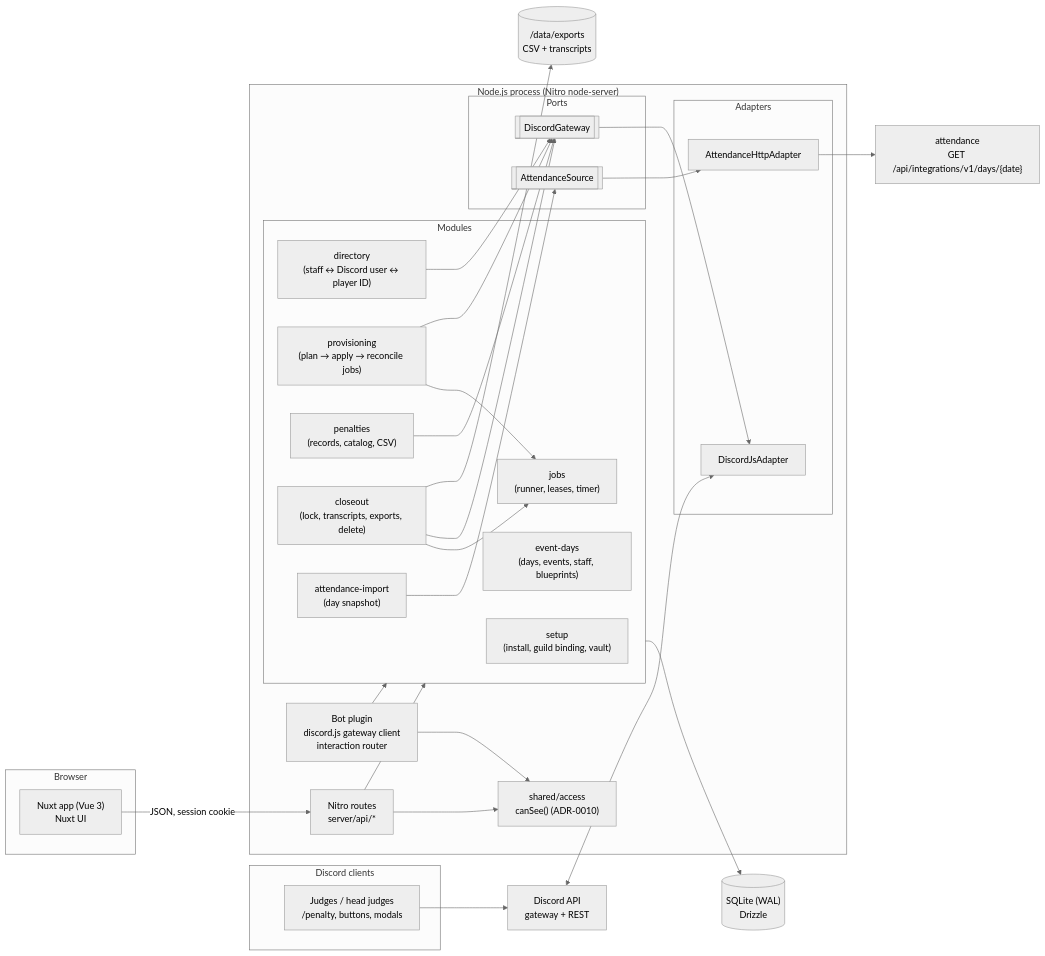
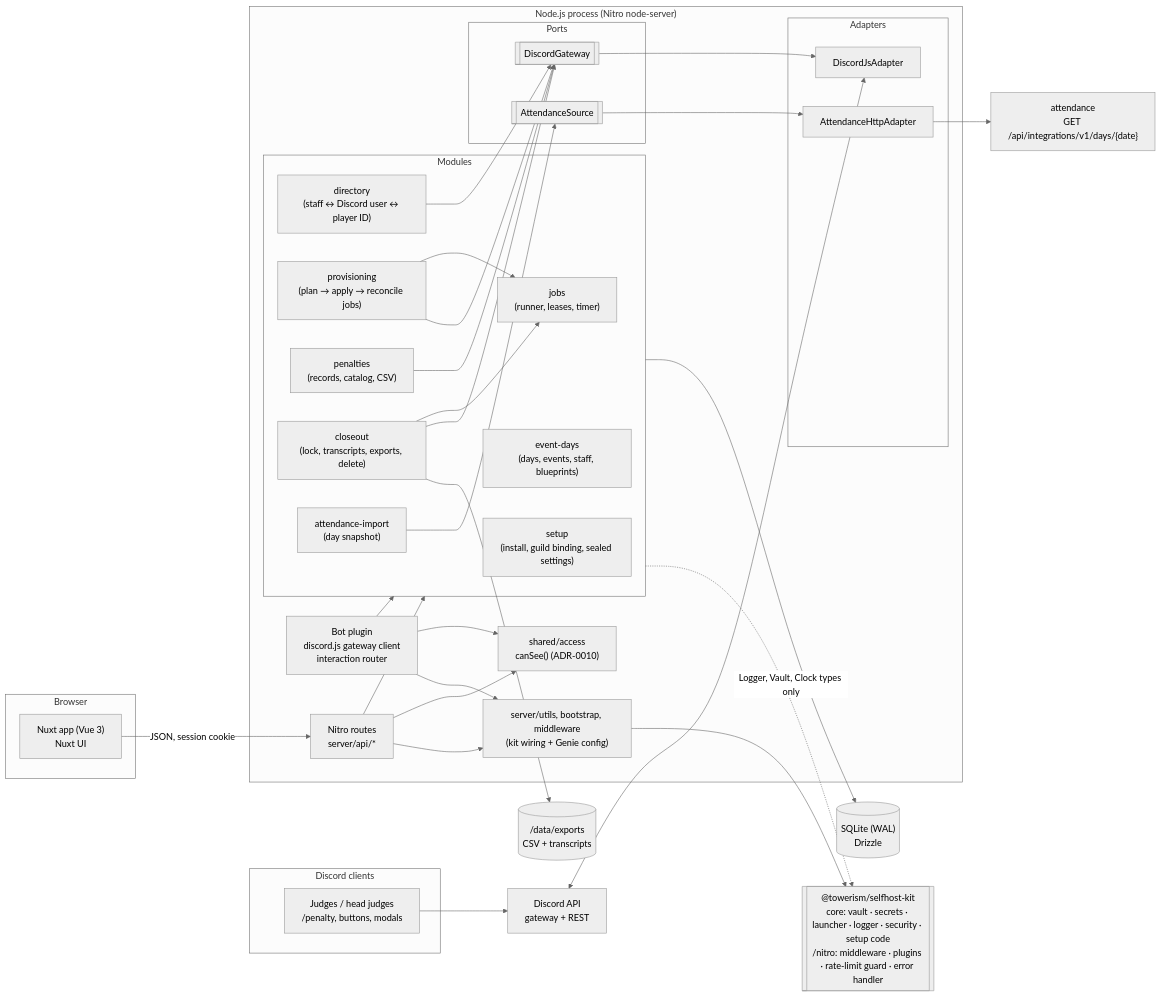
One commit to Towerism/discord-pokemon-tournament-genie changed the first of 4 diagrams in docs/architecture/README.md. Above: the diagram before and after it, drawn with Mermaid (neutral theme). The commit also changed other lines of this file and 7 other files, not shown here.

First line of the commit message:
docs(architecture): share infrastructure through @towerism/selfhost-kit

````diff
--- a/docs/architecture/README.md
+++ b/docs/architecture/README.md
@@ -82,56 +82,62 @@
 ```mermaid
 flowchart LR
   subgraph Browser
     SPA["Nuxt app (Vue 3)<br/>Nuxt UI"]
   end
   subgraph DiscordClients["Discord clients"]
     J["Judges / head judges<br/>/penalty, buttons, modals"]
   end
 
   subgraph Server["Node.js process (Nitro node-server)"]
     API["Nitro routes<br/>server/api/*"]
     BOT["Bot plugin<br/>discord.js gateway client<br/>interaction router"]
     subgraph Modules
-      SETUP["setup<br/>(install, guild binding, vault)"]
+      SETUP["setup<br/>(install, guild binding, sealed settings)"]
       DIR["directory<br/>(staff ↔ Discord user ↔ player ID)"]
       DAYS["event-days<br/>(days, events, staff, blueprints)"]
       PROV["provisioning<br/>(plan → apply → reconcile jobs)"]
       PEN["penalties<br/>(records, catalog, CSV)"]
       CLOSE["closeout<br/>(lock, transcripts, exports, delete)"]
       IMP["attendance-import<br/>(day snapshot)"]
       JOBS["jobs<br/>(runner, leases, timer)"]
     end
     ACC["shared/access<br/>canSee() (ADR-0010)"]
+    WIRE["server/utils, bootstrap, middleware<br/>(kit wiring + Genie config)"]
     subgraph Ports
       DG[["DiscordGateway"]]
       AS[["AttendanceSource"]]
     end
     subgraph Adapters
       DJS["DiscordJsAdapter"]
       AHTTP["AttendanceHttpAdapter"]
     end
   end
 
+  KIT[["@towerism/selfhost-kit<br/>core: vault · secrets · launcher · logger · security · setup code<br/>/nitro: middleware · plugins · rate-limit guard · error handler"]]
   DB[("SQLite (WAL)<br/>Drizzle")]
   FS[("/data/exports<br/>CSV + transcripts")]
   DISCORD["Discord API<br/>gateway + REST"]
   ATT["attendance<br/>GET /api/integrations/v1/days/{date}"]
 
   SPA -- "JSON, session cookie" --> API
   J --> DISCORD
   DISCORD <--> DJS
   BOT --> Modules
   API --> Modules
   BOT --> ACC
   API --> ACC
   PROV --> JOBS
   CLOSE --> JOBS
   PROV --> DG
   CLOSE --> DG
   PEN --> DG
   DIR --> DG
   IMP --> AS --> AHTTP --> ATT
   DG --> DJS
   Modules --> DB
   CLOSE --> FS
+  API --> WIRE
+  BOT --> WIRE
+  WIRE --> KIT
+  Modules -. "Logger, Vault, Clock types only" .-> KIT
 ```
````
